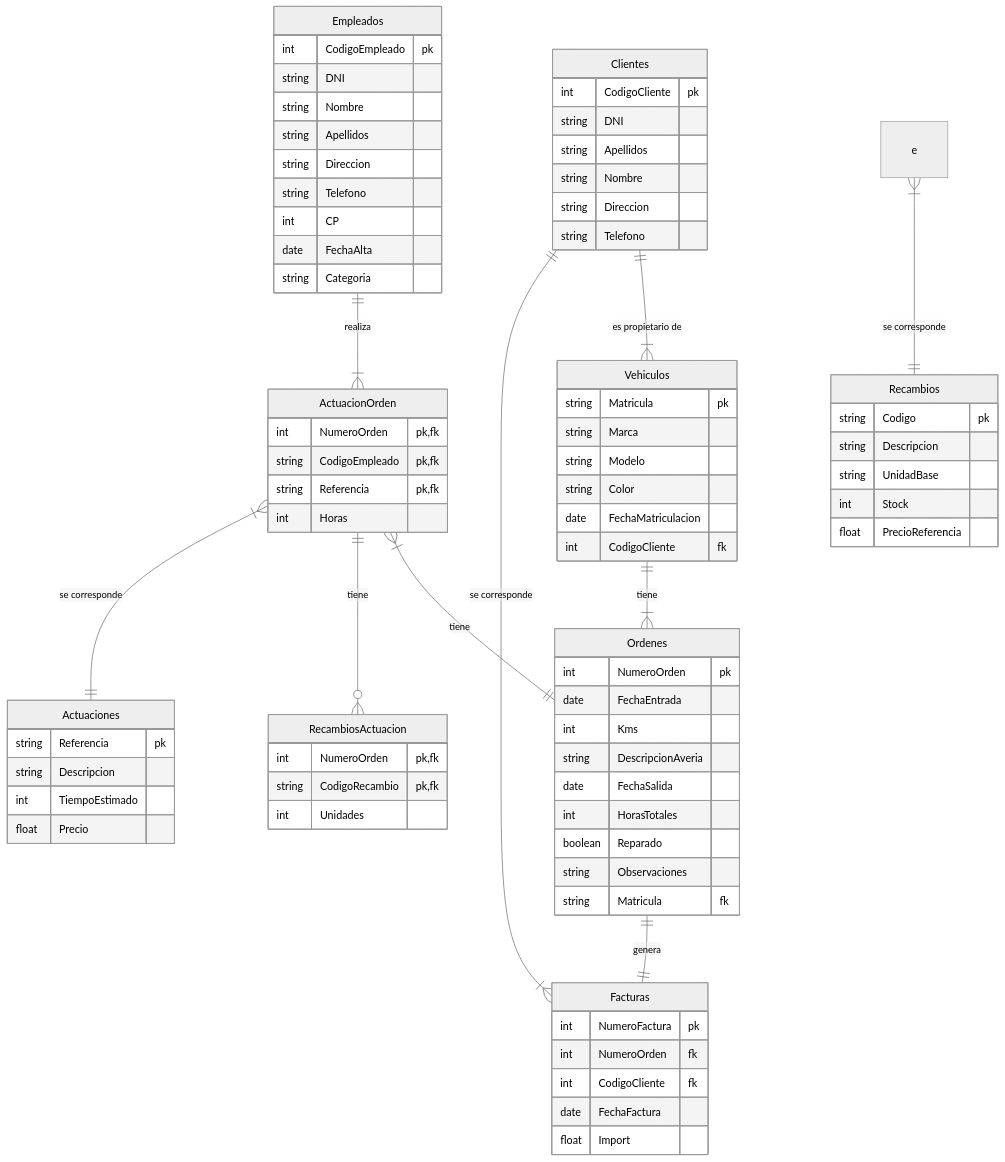
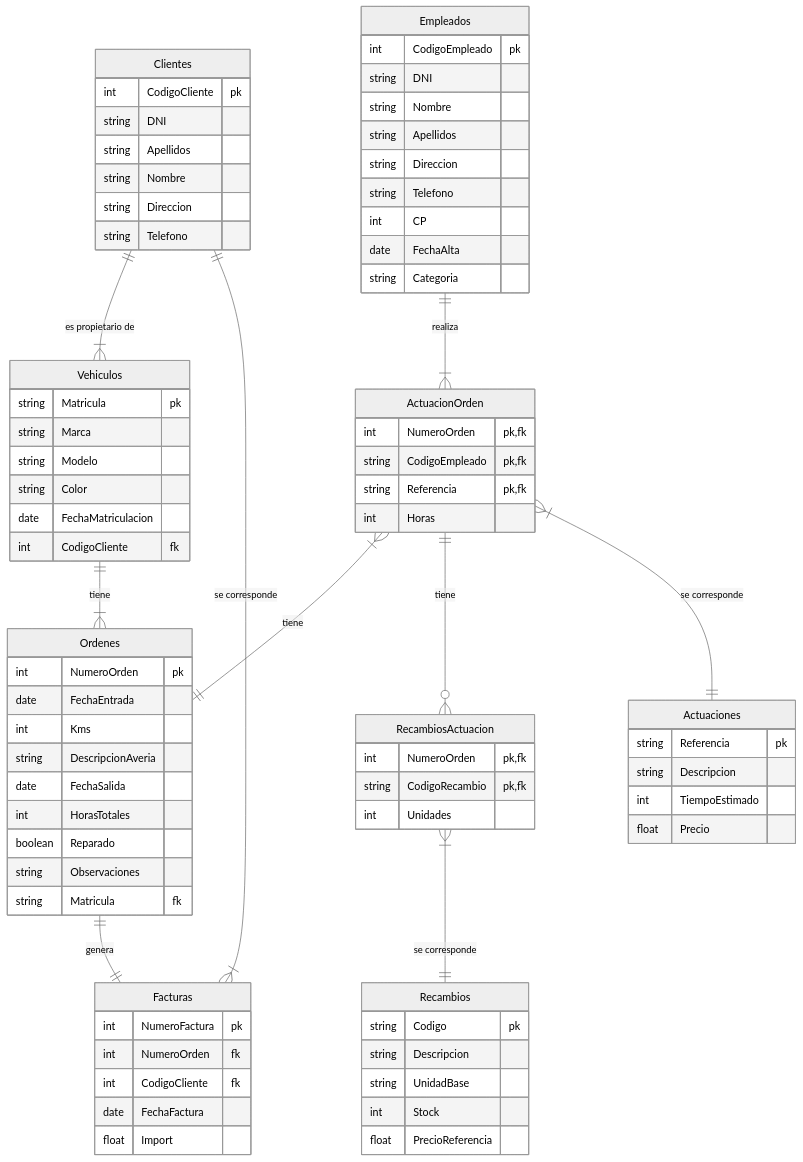
One commit to mmourazos/Curso-2024-2025 changed the first of 3 diagrams in docs/GBD/UD 02 - Modelo entidad-relación/Ejercicios/Tareas/Apartado 1.md. Above: the diagram before and after it, drawn with Mermaid (neutral theme). The commit also changed other lines of this file and 5 other files, not shown here.

````diff
--- a/docs/GBD/UD 02 - Modelo entidad-relación/Ejercicios/Tareas/Apartado 1.md
+++ b/docs/GBD/UD 02 - Modelo entidad-relación/Ejercicios/Tareas/Apartado 1.md
@@ -192,11 +199,11 @@
 
 Ordenes ||--|| Facturas : "genera"
 ActuacionOrden }|--|| Ordenes : "tiene"
-ActuacionOrden ||--o{ RecambiosActuacion: "tiene"
+ActuacionOrden ||--o{ RecambiosActuacion : "tiene"
 
 Empleados ||--|{ ActuacionOrden : "realiza"
 
 ActuacionOrden }|--|| Actuaciones : "se corresponde"
 
-RecambiosActuacion  e}|--|| Recambios : "se corresponde"
+RecambiosActuacion }|--|| Recambios : "se corresponde"
 ```
````
